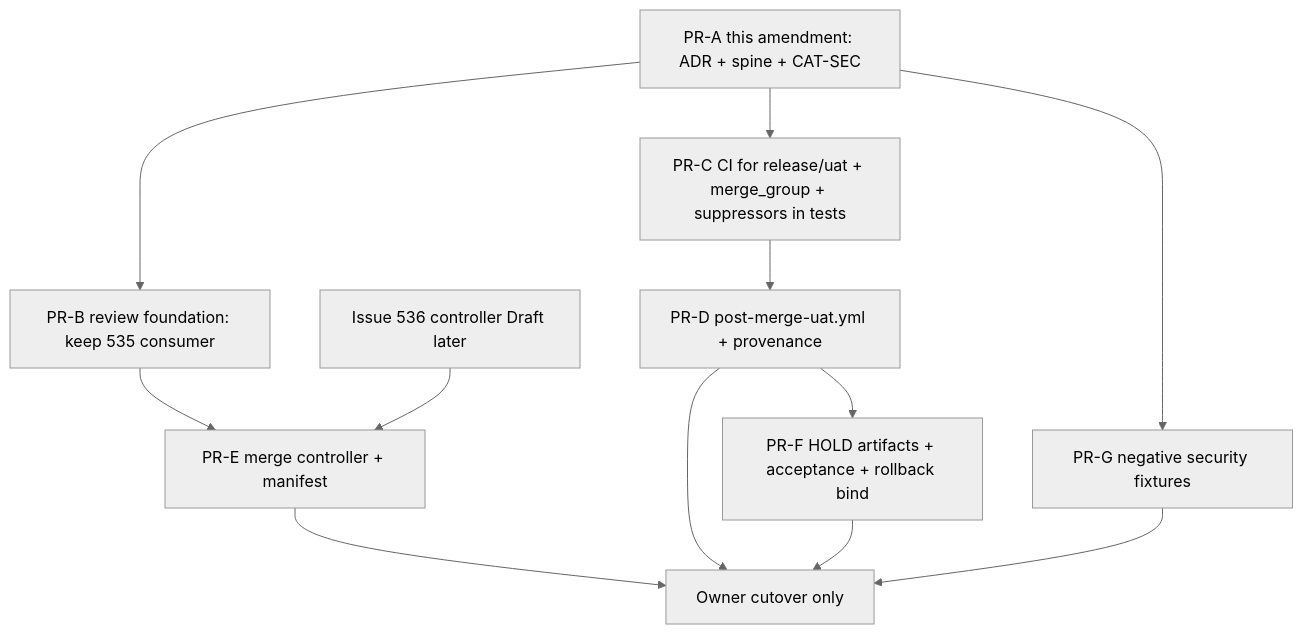
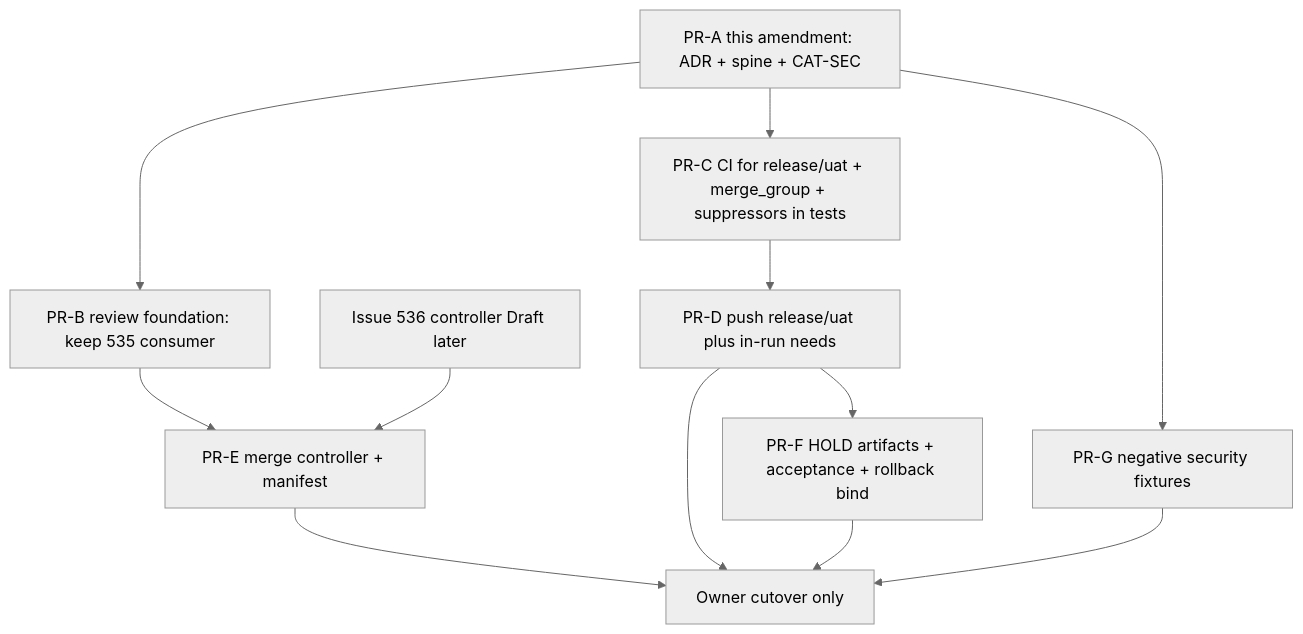
Before and after one commit to fad16papa/Cohestra: the diagram in _bmad-output/planning-artifacts/architecture/architecture-option-b-release-uat-2026-11-02/MIGRATION-PLAN.md, drawn with Mermaid (neutral theme). The commit also changed other lines of this file and 13 other files, not shown here.

First line of the commit message:
docs(uat): close Option B Environment-ref and post-merge races

````diff
--- a/_bmad-output/planning-artifacts/architecture/architecture-option-b-release-uat-2026-11-02/MIGRATION-PLAN.md
+++ b/_bmad-output/planning-artifacts/architecture/architecture-option-b-release-uat-2026-11-02/MIGRATION-PLAN.md
@@ -11,23 +11,23 @@
 ```mermaid
 flowchart TD
   A[PR-A this amendment: ADR + spine + CAT-SEC]
   B[PR-B review foundation: keep 535 consumer]
   C[PR-C CI for release/uat + merge_group + suppressors in tests]
-  D[PR-D post-merge-uat.yml + provenance]
+  D[PR-D push release/uat plus in-run needs]
   E[PR-E merge controller + manifest]
   F[PR-F HOLD artifacts + acceptance + rollback bind]
   G[PR-G negative security fixtures]
   H[Owner cutover only]
   S536[Issue 536 controller Draft later]
   A --> B
   A --> C
   A --> G
   C --> D
   D --> F
   B --> E
   S536 --> E
   E --> H
   D --> H
   F --> H
   G --> H
 ```
````
